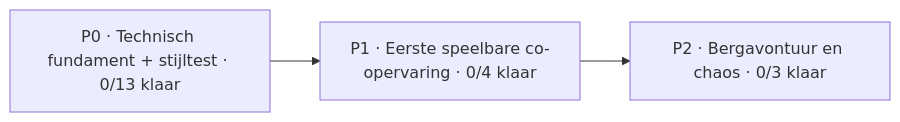
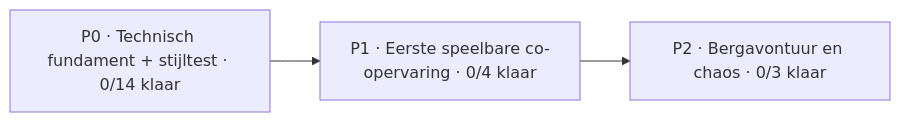
One commit to mlemson/conductor-chaos changed the diagram in Docs/PROJECT_BOARD.md. Above: the diagram before and after it, drawn with Mermaid. The commit also changed other lines of this file, not shown here.

````diff
--- a/Docs/PROJECT_BOARD.md
+++ b/Docs/PROJECT_BOARD.md
@@ -13,7 +13,7 @@
 ```mermaid
 flowchart LR
-    P0["P0 · Technisch fundament + stijltest · 0/13 klaar"]
+    P0["P0 · Technisch fundament + stijltest · 0/14 klaar"]
     P1["P1 · Eerste speelbare co-opervaring · 0/4 klaar"]
     P2["P2 · Bergavontuur en chaos · 0/3 klaar"]
     P0 --> P1 --> P2
 ```
````
